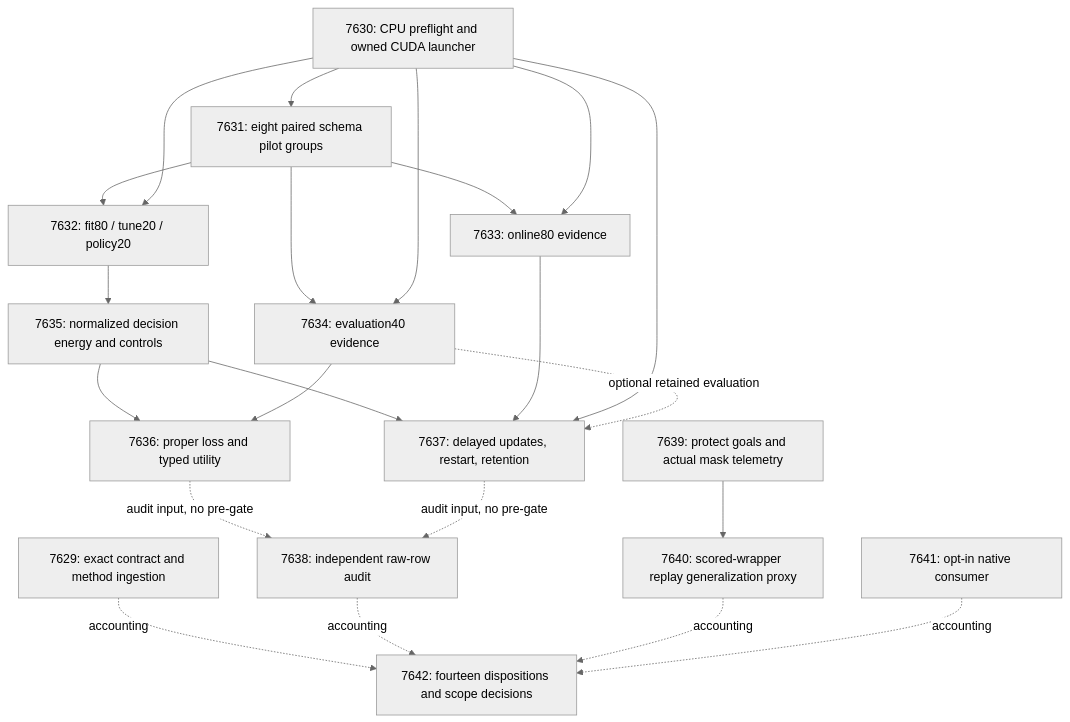
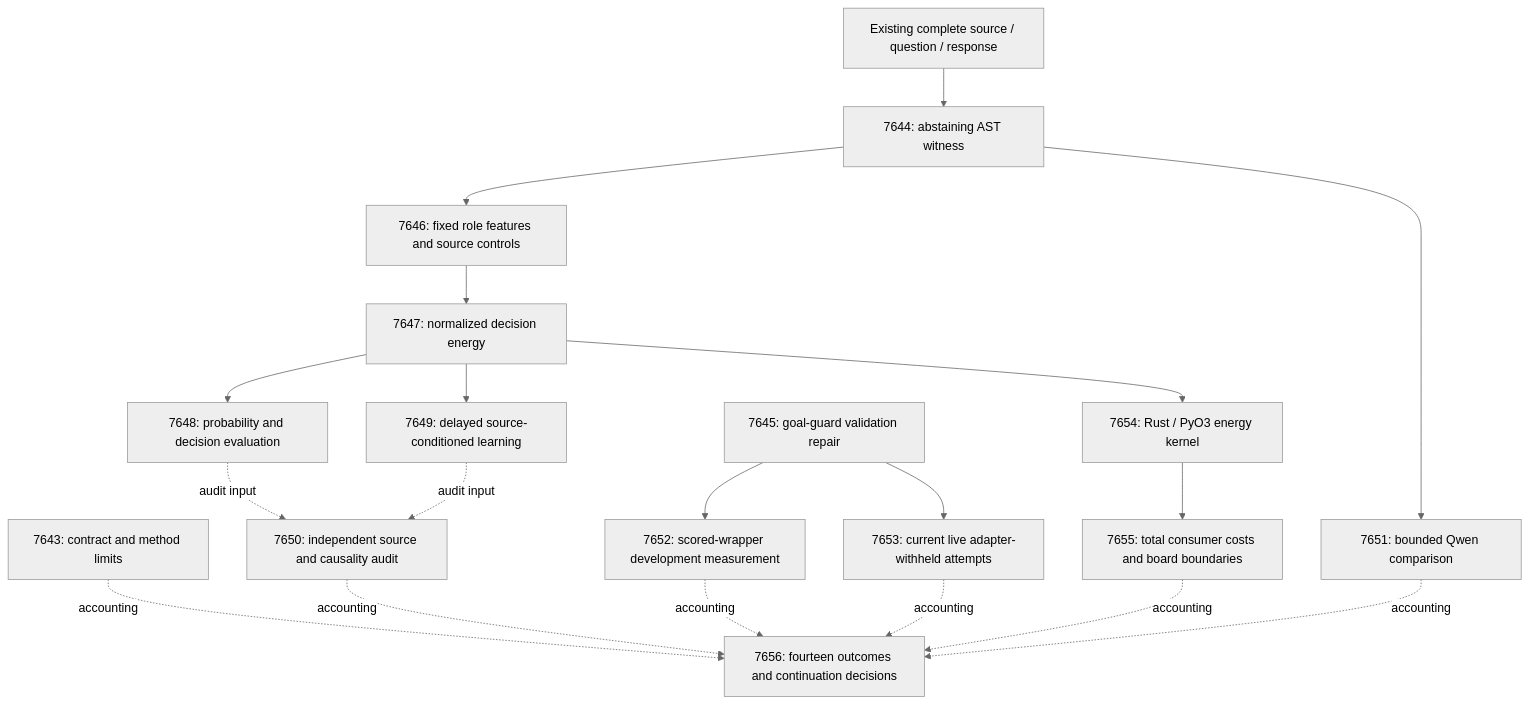
The diagram in openspec/change-proposals/research-roadmap-vNEXT.md (Carnot-EBM/carnot-ebm), drawn with Mermaid (neutral theme) before and after one commit. The commit also changed other lines of this file and 17 other files, not shown here.

````diff
--- a/openspec/change-proposals/research-roadmap-vNEXT.md
+++ b/openspec/change-proposals/research-roadmap-vNEXT.md
@@ -88,38 +89,33 @@
 ```mermaid
 flowchart TD
-    C[7629: exact contract and method ingestion]
-    R[7630: CPU preflight and owned CUDA launcher]
-    Q[7631: eight paired schema pilot groups]
-    F[7632: fit80 / tune20 / policy20]
-    O[7633: online80 evidence]
-    E[7634: evaluation40 evidence]
-    H[7635: normalized decision energy and controls]
-    D[7636: proper loss and typed utility]
-    L[7637: delayed updates, restart, retention]
-    A[7638: independent raw-row audit]
-    P[7639: protect goals and actual mask telemetry]
-    W[7640: scored-wrapper replay generalization proxy]
-    N[7641: opt-in native consumer]
-    Z[7642: fourteen dispositions and scope decisions]
-    R --> Q
-    Q --> F
-    Q --> O
-    Q --> E
-    R --> F
-    R --> O
-    R --> E
-    F --> H
-    H --> D
-    E --> D
+    C[7643: contract and method limits]
+    S[Existing complete source / question / response]
+    W[7644: abstaining AST witness]
+    F[7646: fixed role features and source controls]
+    H[7647: normalized decision energy]
+    E[7648: probability and decision evaluation]
+    L[7649: delayed source-conditioned learning]
+    A[7650: independent source and causality audit]
+    Q[7651: bounded Qwen comparison]
+    G[7645: goal-guard validation repair]
+    P[7652: scored-wrapper development measurement]
+    V[7653: current live adapter-withheld attempts]
+    R[7654: Rust / PyO3 energy kernel]
+    T[7655: total consumer costs and board boundaries]
+    Z[7656: fourteen outcomes and continuation decisions]
+    S --> W --> F --> H
+    H --> E
     H --> L
-    O --> L
-    R --> L
-    E -. optional retained evaluation .-> L
-    D -. audit input, no pre-gate .-> A
-    L -. audit input, no pre-gate .-> A
-    P --> W
+    E -. audit input .-> A
+    L -. audit input .-> A
+    W --> Q
+    G --> P
+    G --> V
+    H --> R --> T
     C -. accounting .-> Z
     A -. accounting .-> Z
-    W -. accounting .-> Z
-    N -. accounting .-> Z
+    Q -. accounting .-> Z
+    P -. accounting .-> Z
+    V -. accounting .-> Z
+    T -. accounting .-> Z
 ```
````
